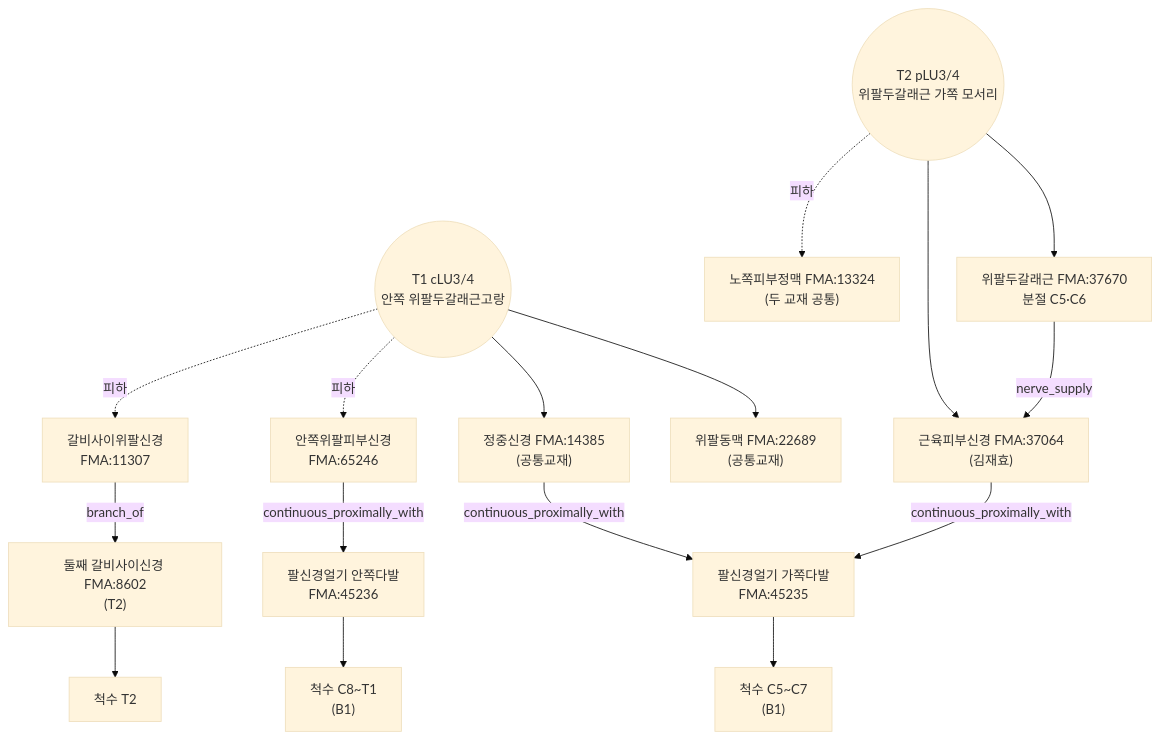
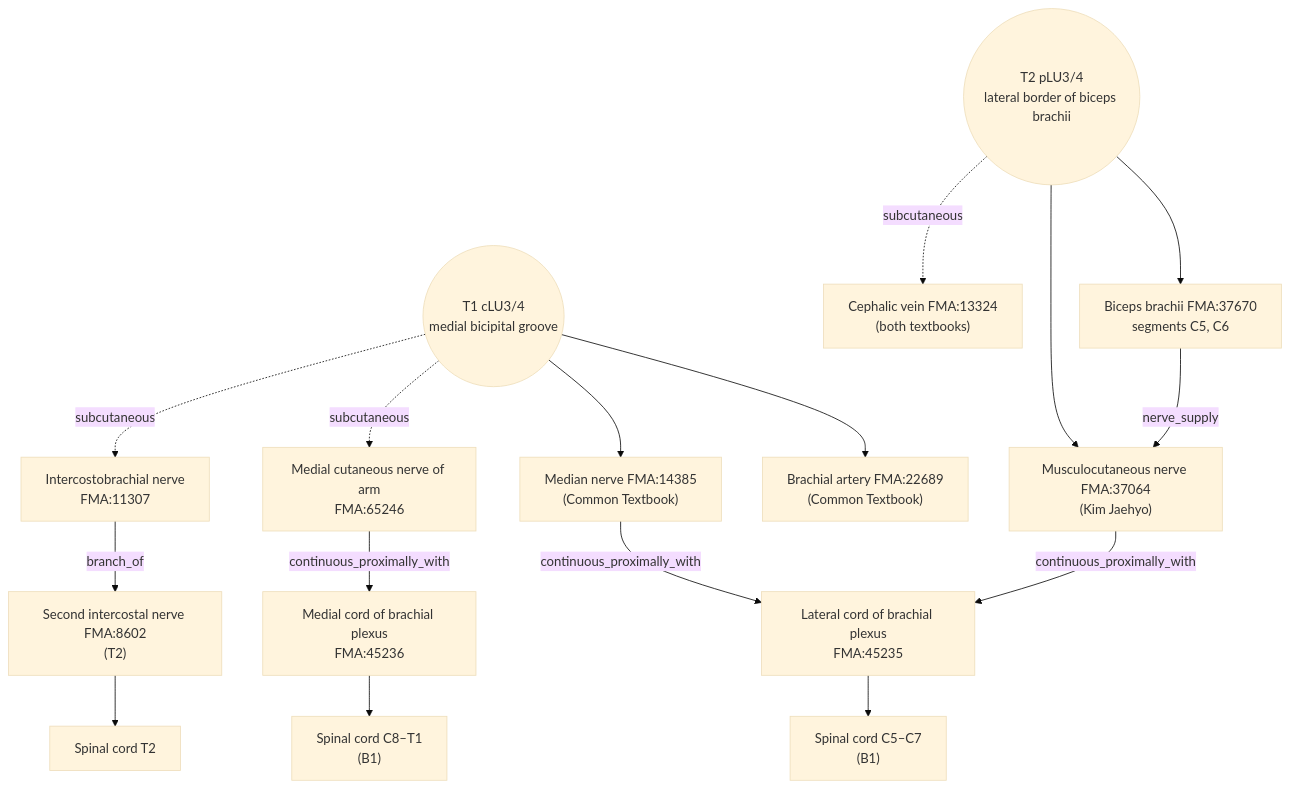
The diagram in 01_경혈별_해부생리_분석보고서/LU_수태음폐경/LU03-LU04/LU03-LU04_천부-협백_해부생리_실체판명_통합보고서_en.md (jaehyokim-sketch/acupoint_anatomy), drawn with Mermaid (base theme) before and after one commit. The commit also changed other lines of this file and 199 other files, not shown here.

````diff
--- a/01_경혈별_해부생리_분석보고서/LU_수태음폐경/LU03-LU04/LU03-LU04_천부-협백_해부생리_실체판명_통합보고서_en.md
+++ b/01_경혈별_해부생리_분석보고서/LU_수태음폐경/LU03-LU04/LU03-LU04_천부-협백_해부생리_실체판명_통합보고서_en.md
@@ -265,18 +266,18 @@
 ```mermaid
 flowchart TB
-  C(("T1 cLU3/4<br/>안쪽 위팔두갈래근고랑")) --> BA["위팔동맥 FMA:22689<br/>(공통교재)"]
-  C --> MN["정중신경 FMA:14385<br/>(공통교재)"]
-  C -.피하.-> MCA["안쪽위팔피부신경<br/>FMA:65246"]
-  C -.피하.-> ICB["갈비사이위팔신경<br/>FMA:11307"]
-  P(("T2 pLU3/4<br/>위팔두갈래근 가쪽 모서리")) --> BB["위팔두갈래근 FMA:37670<br/>분절 C5·C6"]
-  P --> MC["근육피부신경 FMA:37064<br/>(김재효)"]
-  P -.피하.-> CV["노쪽피부정맥 FMA:13324<br/>(두 교재 공통)"]
+  C(("T1 cLU3/4<br/>medial bicipital groove")) --> BA["Brachial artery FMA:22689<br/>(Common Textbook)"]
+  C --> MN["Median nerve FMA:14385<br/>(Common Textbook)"]
+  C -.subcutaneous.-> MCA["Medial cutaneous nerve of arm<br/>FMA:65246"]
+  C -.subcutaneous.-> ICB["Intercostobrachial nerve<br/>FMA:11307"]
+  P(("T2 pLU3/4<br/>lateral border of biceps brachii")) --> BB["Biceps brachii FMA:37670<br/>segments C5, C6"]
+  P --> MC["Musculocutaneous nerve FMA:37064<br/>(Kim Jaehyo)"]
+  P -.subcutaneous.-> CV["Cephalic vein FMA:13324<br/>(both textbooks)"]
   BB -- nerve_supply --> MC
-  MN -- continuous_proximally_with --> LC["팔신경얼기 가쪽다발<br/>FMA:45235"]
+  MN -- continuous_proximally_with --> LC["Lateral cord of brachial plexus<br/>FMA:45235"]
   MC -- continuous_proximally_with --> LC
-  MCA -- continuous_proximally_with --> MCO["팔신경얼기 안쪽다발<br/>FMA:45236"]
-  ICB -- branch_of --> IC["둘째 갈비사이신경 FMA:8602<br/>(T2)"]
-  LC --> SEGL["척수 C5~C7<br/>(B1)"]
-  MCO --> SEGM["척수 C8~T1<br/>(B1)"]
-  IC --> SEGT["척수 T2"]
+  MCA -- continuous_proximally_with --> MCO["Medial cord of brachial plexus<br/>FMA:45236"]
+  ICB -- branch_of --> IC["Second intercostal nerve FMA:8602<br/>(T2)"]
+  LC --> SEGL["Spinal cord C5–C7<br/>(B1)"]
+  MCO --> SEGM["Spinal cord C8–T1<br/>(B1)"]
+  IC --> SEGT["Spinal cord T2"]
 ```
````
